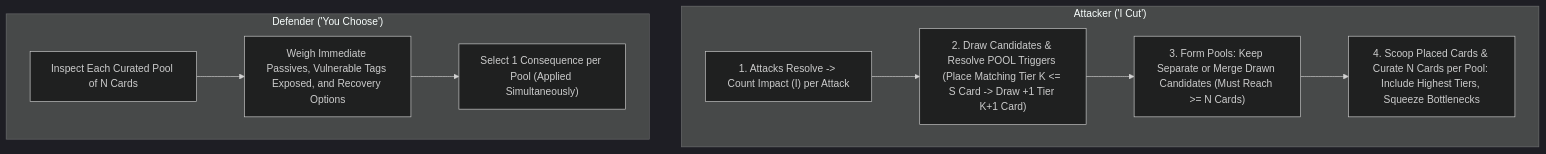
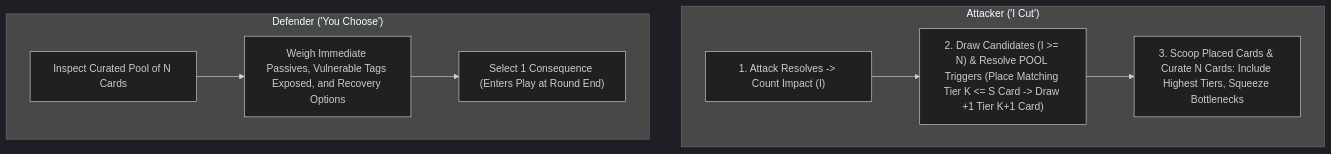
Before and after one commit to tdimiduk/cardpg: the diagram in design/iteration/resolution/candidates/consequence-pool-tag-escalation/players-guide-patch.md, drawn with Mermaid (dark theme). The commit also changed other lines of this file and 2 other files, not shown here.

````diff
--- a/design/iteration/resolution/candidates/consequence-pool-tag-escalation/players-guide-patch.md
+++ b/design/iteration/resolution/candidates/consequence-pool-tag-escalation/players-guide-patch.md
@@ -121,13 +116,12 @@
 ```mermaid
 flowchart TD
     subgraph Attacker Decision ["Attacker ('I Cut')"]
-        A1["1. Attacks Resolve -> Count Impact (I) per Attack"] --> A2["2. Draw Candidates & Resolve POOL Triggers (Place Matching Tier K <= S Card -> Draw +1 Tier K+1 Card)"]
-        A2 --> A3["3. Form Pools: Keep Separate or Merge Drawn Candidates (Must Reach >= N Cards)"]
-        A3 --> A4["4. Scoop Placed Cards & Curate N Cards per Pool: Include Highest Tiers, Squeeze Bottlenecks"]
+        A1["1. Attack Resolves -> Count Impact (I)"] --> A2["2. Draw Candidates (I >= N) & Resolve POOL Triggers (Place Matching Tier K <= S Card -> Draw +1 Tier K+1 Card)"]
+        A2 --> A3["3. Scoop Placed Cards & Curate N Cards: Include Highest Tiers, Squeeze Bottlenecks"]
     end
 
     subgraph Defender Decision ["Defender ('You Choose')"]
-        D1["Inspect Each Curated Pool of N Cards"] --> D2["Weigh Immediate Passives, Vulnerable Tags Exposed, and Recovery Options"]
-        D2 --> D3["Select 1 Consequence per Pool (Applied Simultaneously)"]
+        D1["Inspect Curated Pool of N Cards"] --> D2["Weigh Immediate Passives, Vulnerable Tags Exposed, and Recovery Options"]
+        D2 --> D3["Select 1 Consequence (Enters Play at Round End)"]
     end
 ```
````
